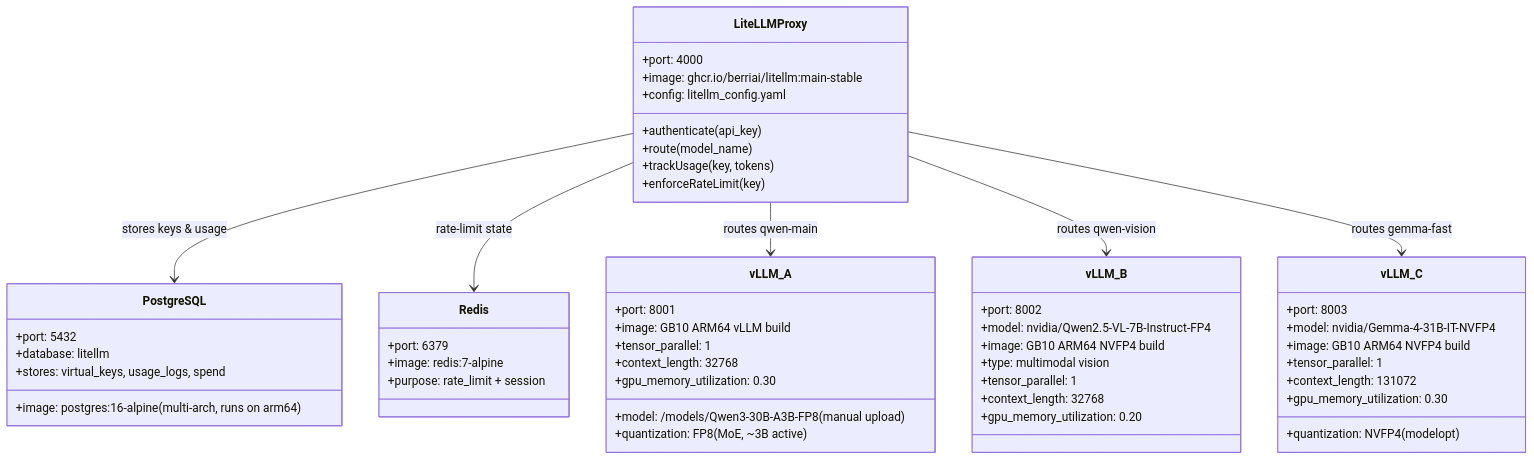
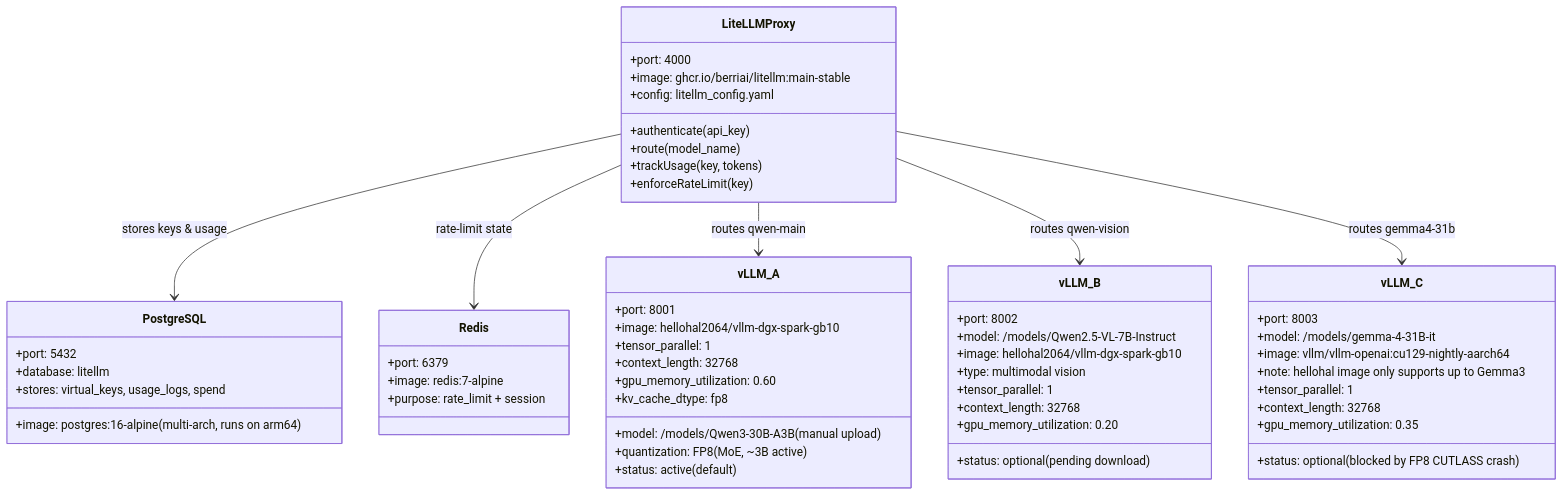
The second of 3 diagrams in README.md (tonylnng/tonic-nvidia-dgx), drawn with Mermaid before and after one commit. The commit also changed other lines of this file, not shown here.

First line of the commit message:
docs(readme): reconcile with production reality from docs/VLLM-SETUP.md

````diff
--- a/README.md
+++ b/README.md
@@ -162,61 +163,65 @@
 ```mermaid
 classDiagram
     class LiteLLMProxy {
         +port: 4000
         +image: ghcr.io/berriai/litellm:main-stable
         +config: litellm_config.yaml
         +authenticate(api_key)
         +route(model_name)
         +trackUsage(key, tokens)
         +enforceRateLimit(key)
     }
 
     class PostgreSQL {
         +port: 5432
         +image: postgres:16-alpine (multi-arch, runs on arm64)
         +database: litellm
         +stores: virtual_keys, usage_logs, spend
     }
 
     class Redis {
         +port: 6379
         +image: redis:7-alpine
         +purpose: rate_limit + session
     }
 
     class vLLM_A {
         +port: 8001
-        +model: /models/Qwen3-30B-A3B-FP8 (manual upload)
-        +image: GB10 ARM64 vLLM build
+        +model: /models/Qwen3-30B-A3B (manual upload)
+        +image: hellohal2064/vllm-dgx-spark-gb10
         +quantization: FP8 (MoE, ~3B active)
         +tensor_parallel: 1
         +context_length: 32768
-        +gpu_memory_utilization: 0.30
+        +gpu_memory_utilization: 0.60
+        +kv_cache_dtype: fp8
+        +status: active (default)
     }
 
     class vLLM_B {
         +port: 8002
-        +model: nvidia/Qwen2.5-VL-7B-Instruct-FP4
-        +image: GB10 ARM64 NVFP4 build
+        +model: /models/Qwen2.5-VL-7B-Instruct
+        +image: hellohal2064/vllm-dgx-spark-gb10
         +type: multimodal vision
         +tensor_parallel: 1
         +context_length: 32768
         +gpu_memory_utilization: 0.20
+        +status: optional (pending download)
     }
 
     class vLLM_C {
         +port: 8003
-        +model: nvidia/Gemma-4-31B-IT-NVFP4
-        +image: GB10 ARM64 NVFP4 build
-        +quantization: NVFP4 (modelopt)
+        +model: /models/gemma-4-31B-it
+        +image: vllm/vllm-openai:cu129-nightly-aarch64
+        +note: hellohal image only supports up to Gemma3
         +tensor_parallel: 1
-        +context_length: 131072
-        +gpu_memory_utilization: 0.30
+        +context_length: 32768
+        +gpu_memory_utilization: 0.35
+        +status: optional (blocked by FP8 CUTLASS crash)
     }
 
     LiteLLMProxy --> PostgreSQL : stores keys & usage
     LiteLLMProxy --> Redis : rate-limit state
     LiteLLMProxy --> vLLM_A : routes qwen-main
     LiteLLMProxy --> vLLM_B : routes qwen-vision
-    LiteLLMProxy --> vLLM_C : routes gemma-fast
+    LiteLLMProxy --> vLLM_C : routes gemma4-31b
 ```
````
